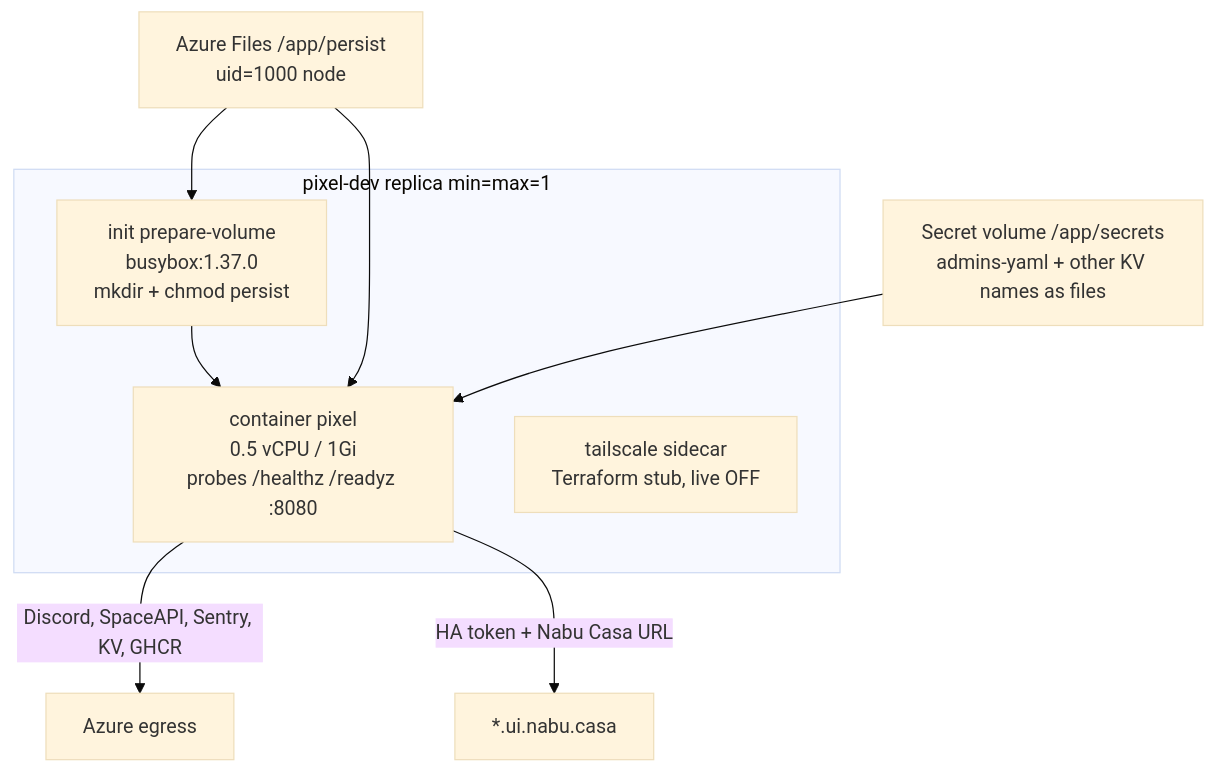
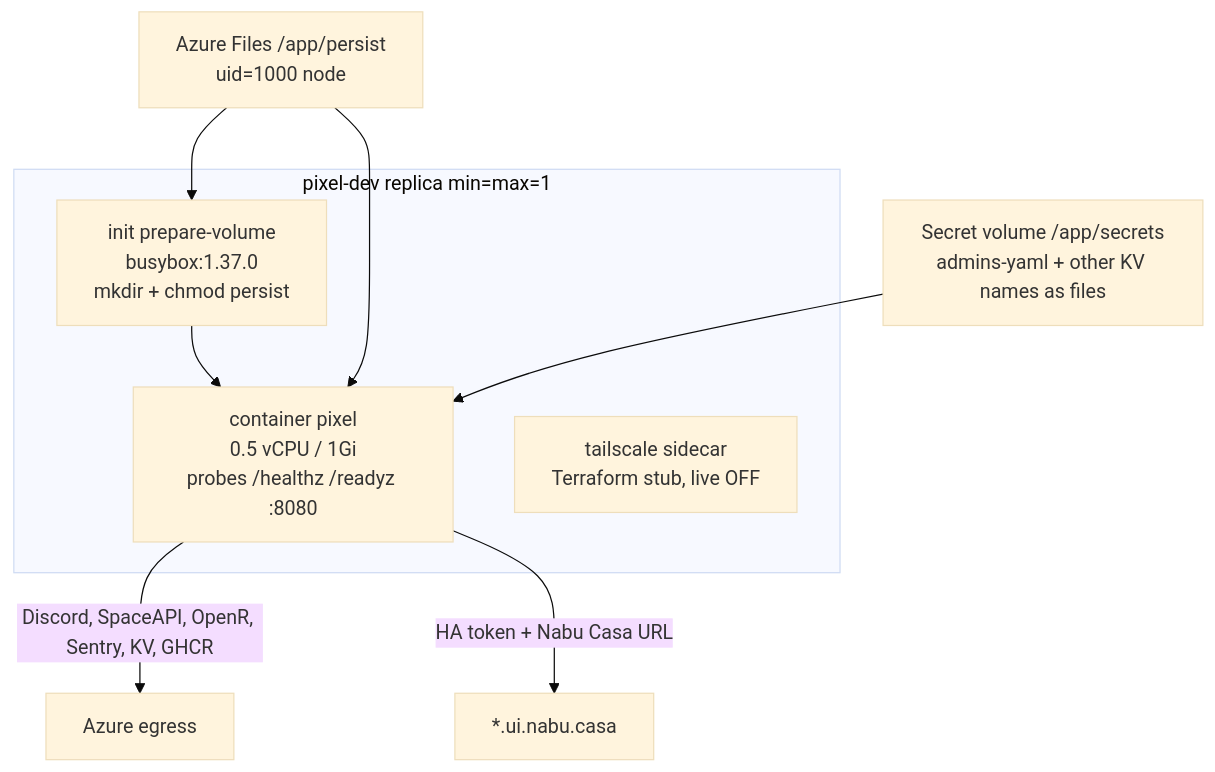
Before and after one commit to pixelbar/pixel: the second of 2 diagrams in docs/infra.md, drawn with Mermaid (base theme). The commit also changed other lines of this file and 50 other files, not shown here.

````diff
--- a/docs/infra.md
+++ b/docs/infra.md
@@ -115,16 +117,16 @@
 ```mermaid
 flowchart TB
   subgraph replica["pixel-dev replica  min=max=1"]
     INIT["init prepare-volume<br/>busybox:1.37.0<br/>mkdir + chmod persist"]
     PIXEL["container pixel<br/>0.5 vCPU / 1Gi<br/>probes /healthz /readyz :8080"]
     TSSTUB["tailscale sidecar<br/>Terraform stub, live OFF"]
     INIT --> PIXEL
   end
   SECVOL["Secret volume /app/secrets<br/>admins-yaml + other KV names as files"]
   FILEVOL["Azure Files /app/persist<br/>uid=1000 node"]
   SECVOL --> PIXEL
   FILEVOL --> INIT
   FILEVOL --> PIXEL
-  PIXEL -->|Discord, SpaceAPI, Sentry, KV, GHCR| EGRESS["Azure egress"]
+  PIXEL -->|Discord, SpaceAPI, OpenR, Sentry, KV, GHCR| EGRESS["Azure egress"]
   PIXEL -->|HA token + Nabu Casa URL| NABU["*.ui.nabu.casa"]
 ```
````
